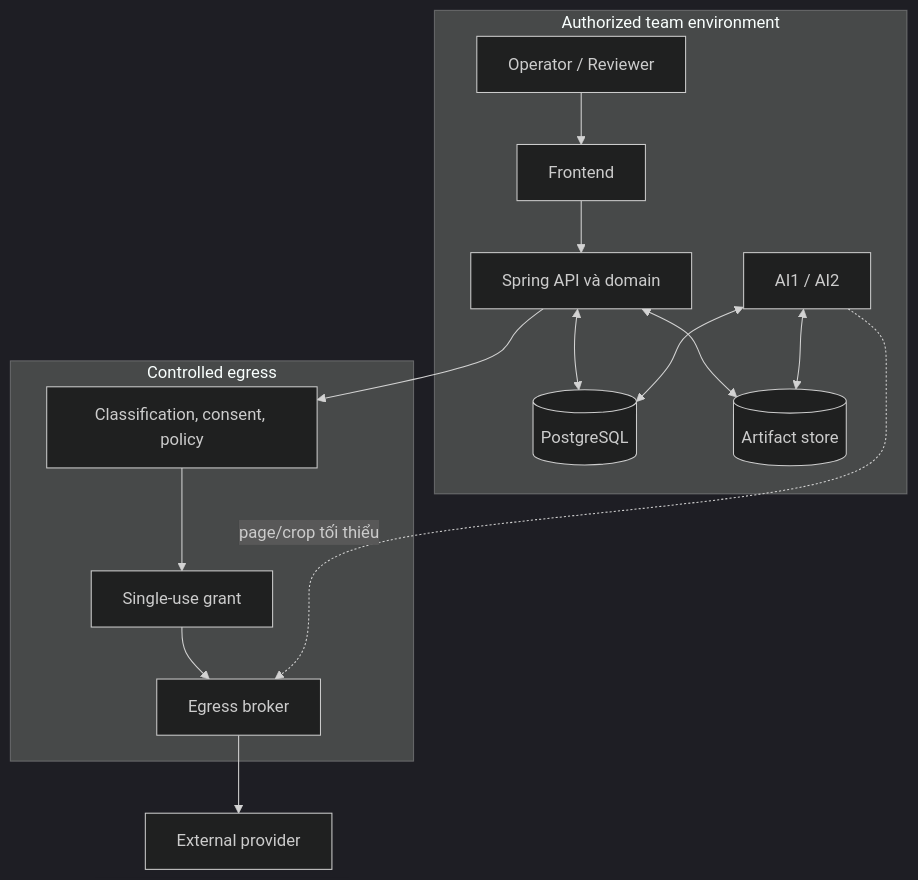
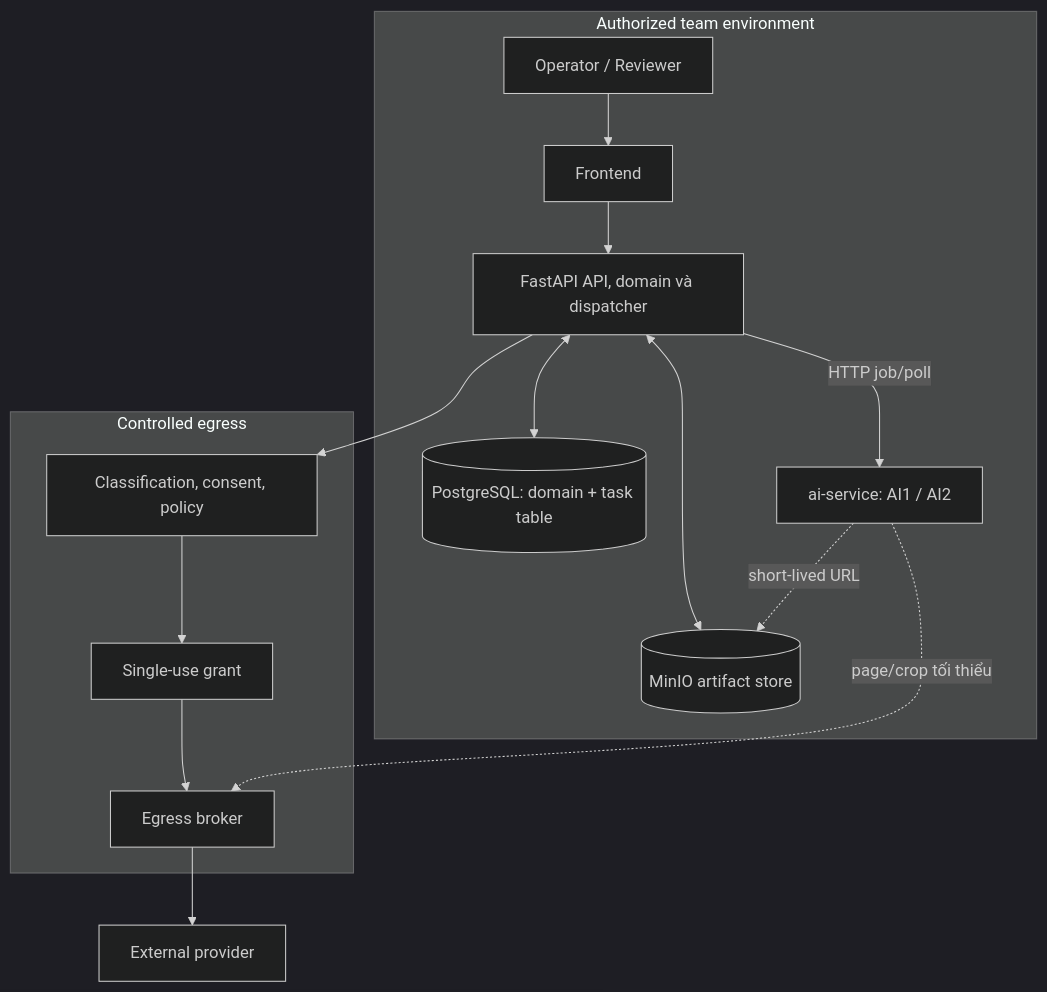
The second of 31 diagrams in docs/DOC-04-architecture.md (AI20K-VGR/contract-intelligence-core), drawn with Mermaid (dark theme) before and after one commit. The commit also changed other lines of this file and 16 other files, not shown here.

First line of the commit message:
docs(repo): align stack to FastAPI backend-push, fix cross-document contract gaps

````diff
--- a/docs/DOC-04-architecture.md
+++ b/docs/DOC-04-architecture.md
@@ -101,15 +103,15 @@
 ```mermaid
 flowchart TB
   subgraph T[Authorized team environment]
-    USER[Operator / Reviewer] --> FE[Frontend] --> APP[Spring API và domain]
-    APP <--> DB[(PostgreSQL)]
-    APP <--> ART[(Artifact store)]
-    AI[AI1 / AI2] <--> DB
-    AI <--> ART
+    USER[Operator / Reviewer] --> FE[Frontend] --> APP[FastAPI API, domain và dispatcher]
+    APP <--> DB[(PostgreSQL: domain + task table)]
+    APP <--> ART[(MinIO artifact store)]
+    APP -- HTTP job/poll --> AI[ai-service: AI1 / AI2]
+    AI -. short-lived URL .-> ART
   end
   subgraph C[Controlled egress]
     POLICY[Classification, consent, policy] --> GRANT[Single-use grant] --> BROKER[Egress broker]
   end
   APP --> POLICY
   AI -. page/crop tối thiểu .-> BROKER --> EXT[External provider]
 ```
````
